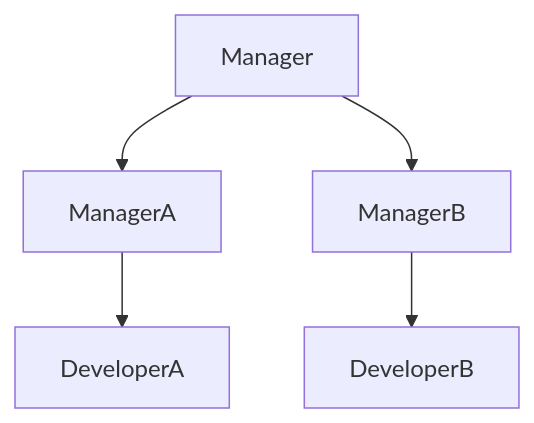
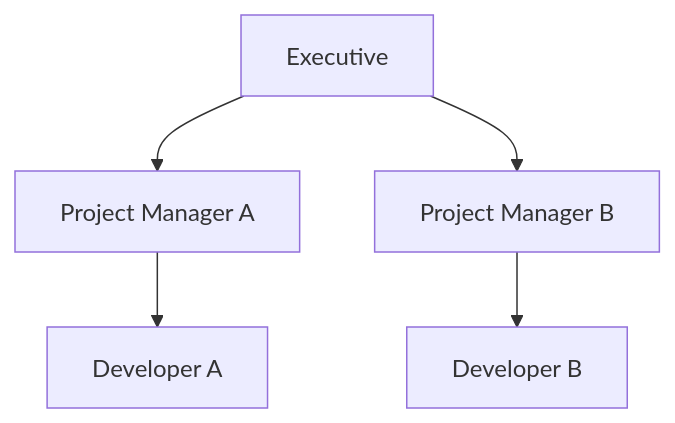
Before and after one commit to qlawmarq/qlawmarq.net-contents: the third of 4 diagrams in blogs/en/ai-code-generation-software-developer-transformation-2025.md, drawn with Mermaid. The commit also changed other lines of this file, not shown here.

````diff
--- a/blogs/en/ai-code-generation-software-developer-transformation-2025.md
+++ b/blogs/en/ai-code-generation-software-developer-transformation-2025.md
@@ -103,7 +103,7 @@
 ```mermaid
 graph TD;
-    Manager-->ManagerA;
-    Manager-->ManagerB;
-    ManagerA-->DeveloperA;
-    ManagerB-->DeveloperB;
+    Executive-->ProjectManagerA[Project Manager A];
+    Executive-->ProjectManagerB[Project Manager B];
+    ProjectManagerA-->DeveloperA[Developer A];
+    ProjectManagerB-->DeveloperB[Developer B];
 ```
````
